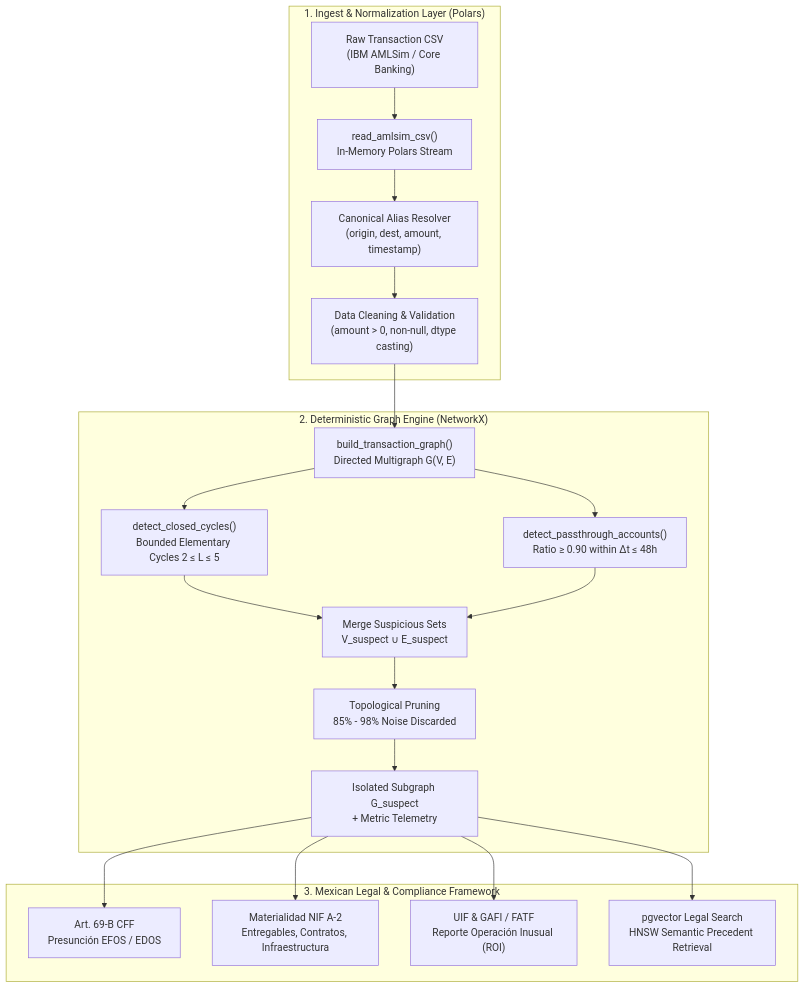
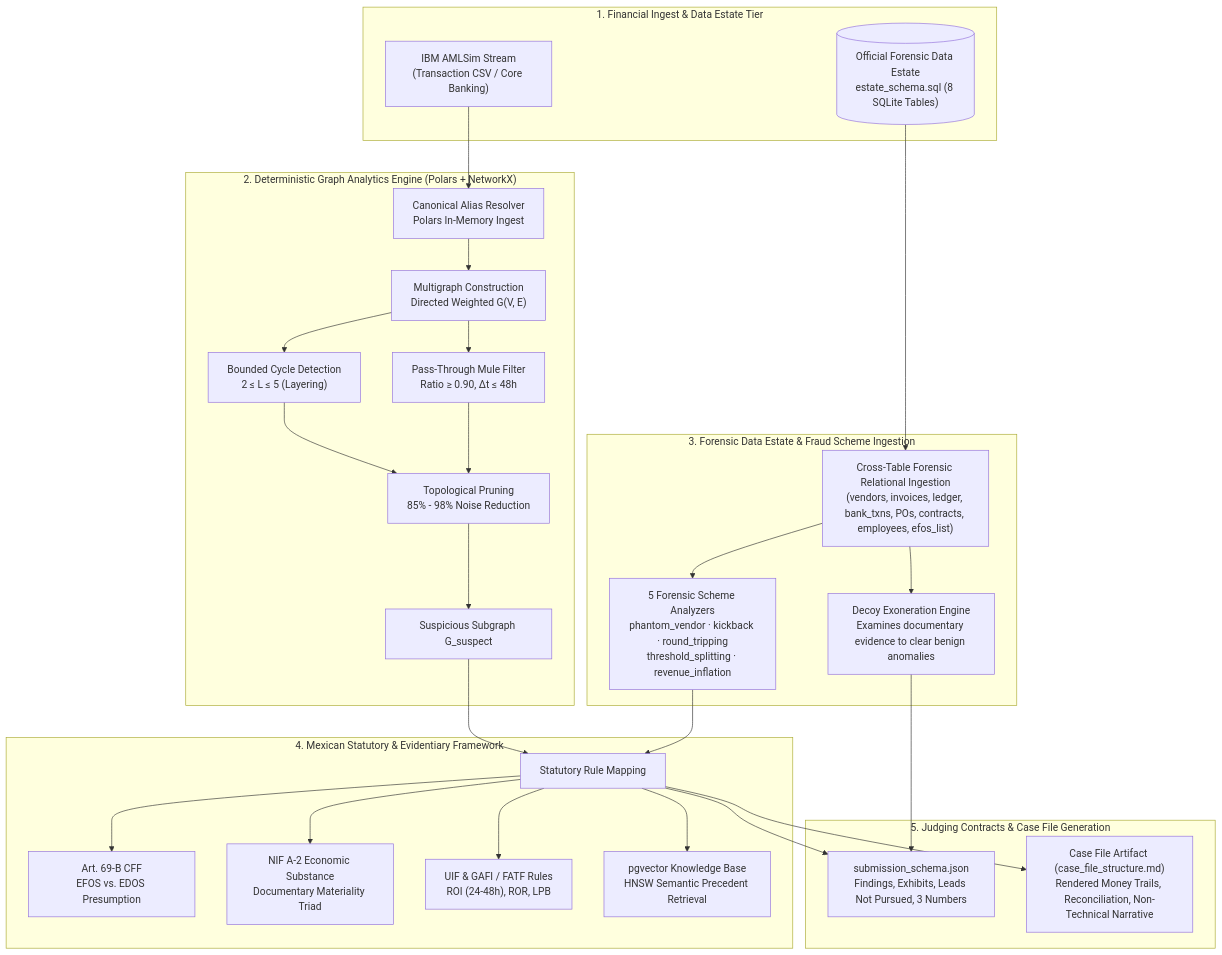
One commit to oscarvasquez28/HackMty2026-InfoSys changed the first of 5 diagrams in doc/data-and-compliance/README.md. Above: the diagram before and after it, drawn with Mermaid. The commit also changed other lines of this file and 17 other files, not shown here.

First line of the commit message:
Add comprehensive documentation for frontend core shell and data estate module

````diff
--- a/doc/data-and-compliance/README.md
+++ b/doc/data-and-compliance/README.md
@@ -11,25 +11,38 @@
 ```mermaid
 flowchart TD
-    subgraph Ingestion["1. Ingest & Normalization Layer (Polars)"]
-        CSV["Raw Transaction CSV<br/>(IBM AMLSim / Core Banking)"] --> Read["read_amlsim_csv()<br/>In-Memory Polars Stream"]
-        Read --> ColMap["Canonical Alias Resolver<br/>(origin, dest, amount, timestamp)"]
-        ColMap --> Cleanse["Data Cleaning & Validation<br/>(amount > 0, non-null, dtype casting)"]
+    subgraph DataSources["1. Financial Ingest & Data Estate Tier"]
+        CSV["IBM AMLSim Stream<br/>(Transaction CSV / Core Banking)"]
+        SQLite[("Official Forensic Data Estate<br/>estate_schema.sql (8 SQLite Tables)")]
     end
 
-    subgraph Analytics["2. Deterministic Graph Engine (NetworkX)"]
-        Cleanse --> GraphBuild["build_transaction_graph()<br/>Directed Multigraph G(V, E)"]
-        GraphBuild --> DetectCycle["detect_closed_cycles()<br/>Bounded Elementary Cycles 2 ≤ L ≤ 5"]
-        GraphBuild --> DetectPass["detect_passthrough_accounts()<br/>Ratio ≥ 0.90 within Δt ≤ 48h"]
-        DetectCycle --> Union["Merge Suspicious Sets<br/>V_suspect ∪ E_suspect"]
-        DetectPass --> Union
-        Union --> Prune["Topological Pruning<br/>85% - 98% Noise Discarded"]
-        Prune --> Subgraph["Isolated Subgraph G_suspect<br/>+ Metric Telemetry"]
+    subgraph PruningTier["2. Deterministic Graph Analytics Engine (Polars + NetworkX)"]
+        CSV --> PolarsNorm["Canonical Alias Resolver<br/>Polars In-Memory Ingest"]
+        PolarsNorm --> DiGraph["Multigraph Construction<br/>Directed Weighted G(V, E)"]
+        DiGraph --> CycleDet["Bounded Cycle Detection<br/>2 ≤ L ≤ 5 (Layering)"]
+        DiGraph --> PassDet["Pass-Through Mule Filter<br/>Ratio ≥ 0.90, Δt ≤ 48h"]
+        CycleDet --> PruningUnion["Topological Pruning<br/>85% - 98% Noise Reduction"]
+        PassDet --> PruningUnion
+        PruningUnion --> Subgraph["Suspicious Subgraph G_suspect"]
     end
 
-    subgraph Compliance["3. Mexican Legal & Compliance Framework"]
-        Subgraph --> CFF["Art. 69-B CFF<br/>Presunción EFOS / EDOS"]
-        Subgraph --> NIF["Materialidad NIF A-2<br/>Entregables, Contratos, Infraestructura"]
-        Subgraph --> UIF["UIF & GAFI / FATF<br/>Reporte Operación Inusual (ROI)"]
-        Subgraph --> PGVector["pgvector Legal Search<br/>HNSW Semantic Precedent Retrieval"]
+    subgraph RelationalTier["3. Forensic Data Estate & Fraud Scheme Ingestion"]
+        SQLite --> RelAudit["Cross-Table Forensic Relational Ingestion<br/>(vendors, invoices, ledger, bank_txns, POs, contracts, employees, efos_list)"]
+        RelAudit --> SchemeDetect["5 Forensic Scheme Analyzers<br/>phantom_vendor · kickback · round_tripping<br/>threshold_splitting · revenue_inflation"]
+        RelAudit --> DecoyFilter["Decoy Exoneration Engine<br/>Examines documentary evidence to clear benign anomalies"]
+    end
+
+    subgraph LegalCompliance["4. Mexican Statutory & Evidentiary Framework"]
+        Subgraph --> LegalEval["Statutory Rule Mapping"]
+        SchemeDetect --> LegalEval
+        LegalEval --> CFF69B["Art. 69-B CFF<br/>EFOS vs. EDOS Presumption"]
+        LegalEval --> NIFA2["NIF A-2 Economic Substance<br/>Documentary Materiality Triad"]
+        LegalEval --> UIF["UIF & GAFI / FATF Rules<br/>ROI (24-48h), ROR, LPB"]
+        LegalEval --> PGVector["pgvector Knowledge Base<br/>HNSW Semantic Precedent Retrieval"]
+    end
+
+    subgraph JudgingOutputs["5. Judging Contracts & Case File Generation"]
+        LegalEval --> SubJSON["submission_schema.json<br/>Findings, Exhibits, Leads Not Pursued, 3 Numbers"]
+        LegalEval --> CaseDoc["Case File Artifact (case_file_structure.md)<br/>Rendered Money Trails, Reconciliation, Non-Technical Narrative"]
+        DecoyFilter --> SubJSON
     end
 ```
````
